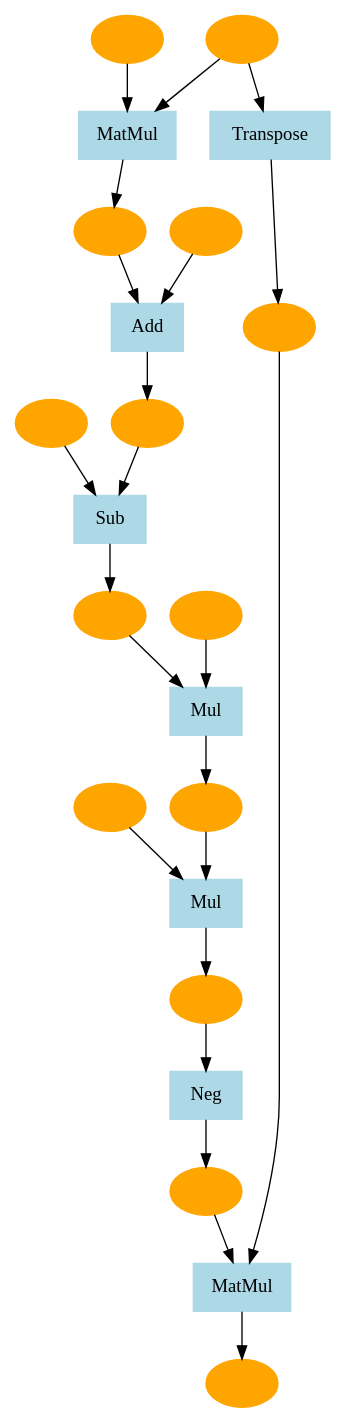
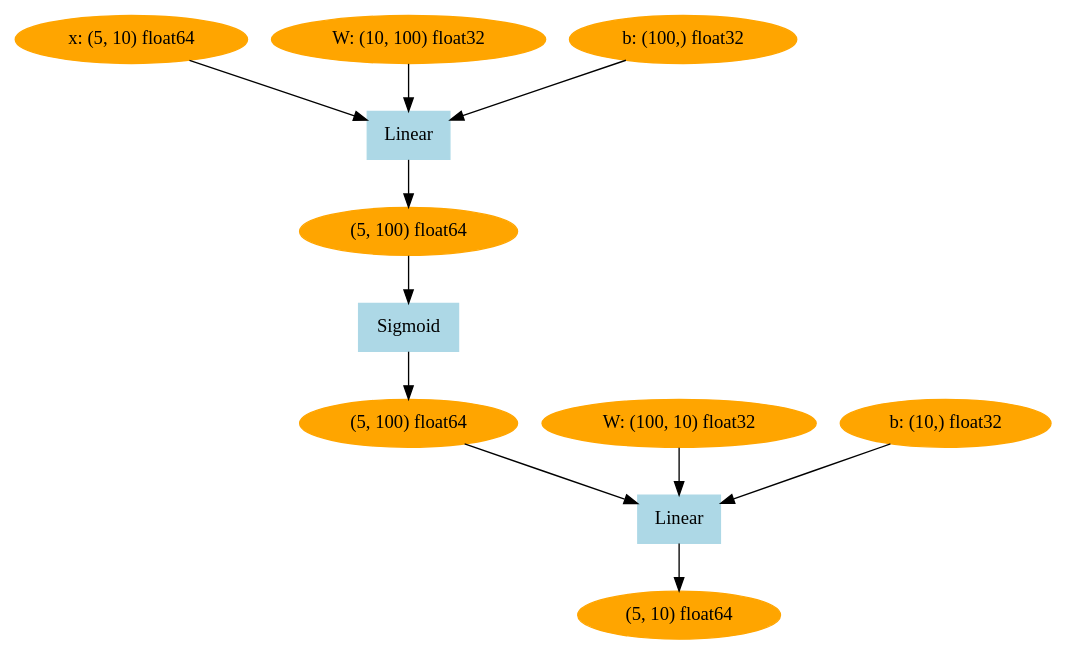
One commit to Youngho-Oh/dezero changed the diagram in ohzero/.dezero/tmp_graph.dot. Above: the diagram before and after it, drawn with Graphviz. The commit also changed 5 other files, not shown here.

```diff
--- a/ohzero/.dezero/tmp_graph.dot
+++ b/ohzero/.dezero/tmp_graph.dot
@@ -1,47 +1,23 @@
 digraph g {
-4532865296 [label="", color=orange, style=filled]
-4524046032 [label="MatMul", color=lightblue, style=filled, shape=box]
-4524045776 -> 4524046032
-4533496720 -> 4524046032
-4524046032 -> 4532865296
-4524045776 [label="", color=orange, style=filled]
-4533496720 [label="", color=orange, style=filled]
-4531042128 [label="Transpose", color=lightblue, style=filled, shape=box]
-4469657168 -> 4531042128
-4531042128 -> 4533496720
-4469657168 [label="", color=orange, style=filled]
-4524035920 [label="Neg", color=lightblue, style=filled, shape=box]
-4524035856 -> 4524035920
-4524035920 -> 4524045776
-4524035856 [label="", color=orange, style=filled]
-4534010704 [label="Mul", color=lightblue, style=filled, shape=box]
-4534012368 -> 4534010704
-4524035728 -> 4534010704
-4534010704 -> 4524035856
-4534012368 [label="", color=orange, style=filled]
-4524035728 [label="", color=orange, style=filled]
-4534011472 [label="Mul", color=lightblue, style=filled, shape=box]
-4345856400 -> 4534011472
-4520538256 -> 4534011472
-4534011472 -> 4534012368
-4345856400 [label="", color=orange, style=filled]
-4520538256 [label="", color=orange, style=filled]
-4533195344 [label="Sub", color=lightblue, style=filled, shape=box]
-4534022608 -> 4533195344
-4532800464 -> 4533195344
-4533195344 -> 4520538256
-4534022608 [label="", color=orange, style=filled]
-4532800464 [label="", color=orange, style=filled]
-4533941264 [label="Add", color=lightblue, style=filled, shape=box]
-4474571792 -> 4533941264
-4469593424 -> 4533941264
-4533941264 -> 4532800464
-4474571792 [label="", color=orange, style=filled]
-4469593424 [label="", color=orange, style=filled]
-4474573648 [label="MatMul", color=lightblue, style=filled, shape=box]
-4469733712 -> 4474573648
-4469657168 -> 4474573648
-4474573648 -> 4474571792
-4469733712 [label="", color=orange, style=filled]
-4469657168 [label="", color=orange, style=filled]
+4455585488 [label="(5, 10) float64", color=orange, style=filled]
+4578212240 [label="Linear", color=lightblue, style=filled, shape=box]
+4576275088 -> 4578212240
+4455629648 -> 4578212240
+4455629392 -> 4578212240
+4578212240 -> 4455585488
+4576275088 [label="(5, 100) float64", color=orange, style=filled]
+4455629648 [label="W: (100, 10) float32", color=orange, style=filled]
+4455629392 [label="b: (10,) float32", color=orange, style=filled]
+4586365264 [label="Sigmoid", color=lightblue, style=filled, shape=box]
+4586090704 -> 4586365264
+4586365264 -> 4576275088
+4586090704 [label="(5, 100) float64", color=orange, style=filled]
+4577736720 [label="Linear", color=lightblue, style=filled, shape=box]
+4578089808 -> 4577736720
+4576274512 -> 4577736720
+4578274128 -> 4577736720
+4577736720 -> 4586090704
+4578089808 [label="x: (5, 10) float64", color=orange, style=filled]
+4576274512 [label="W: (10, 100) float32", color=orange, style=filled]
+4578274128 [label="b: (100,) float32", color=orange, style=filled]
 }
```
